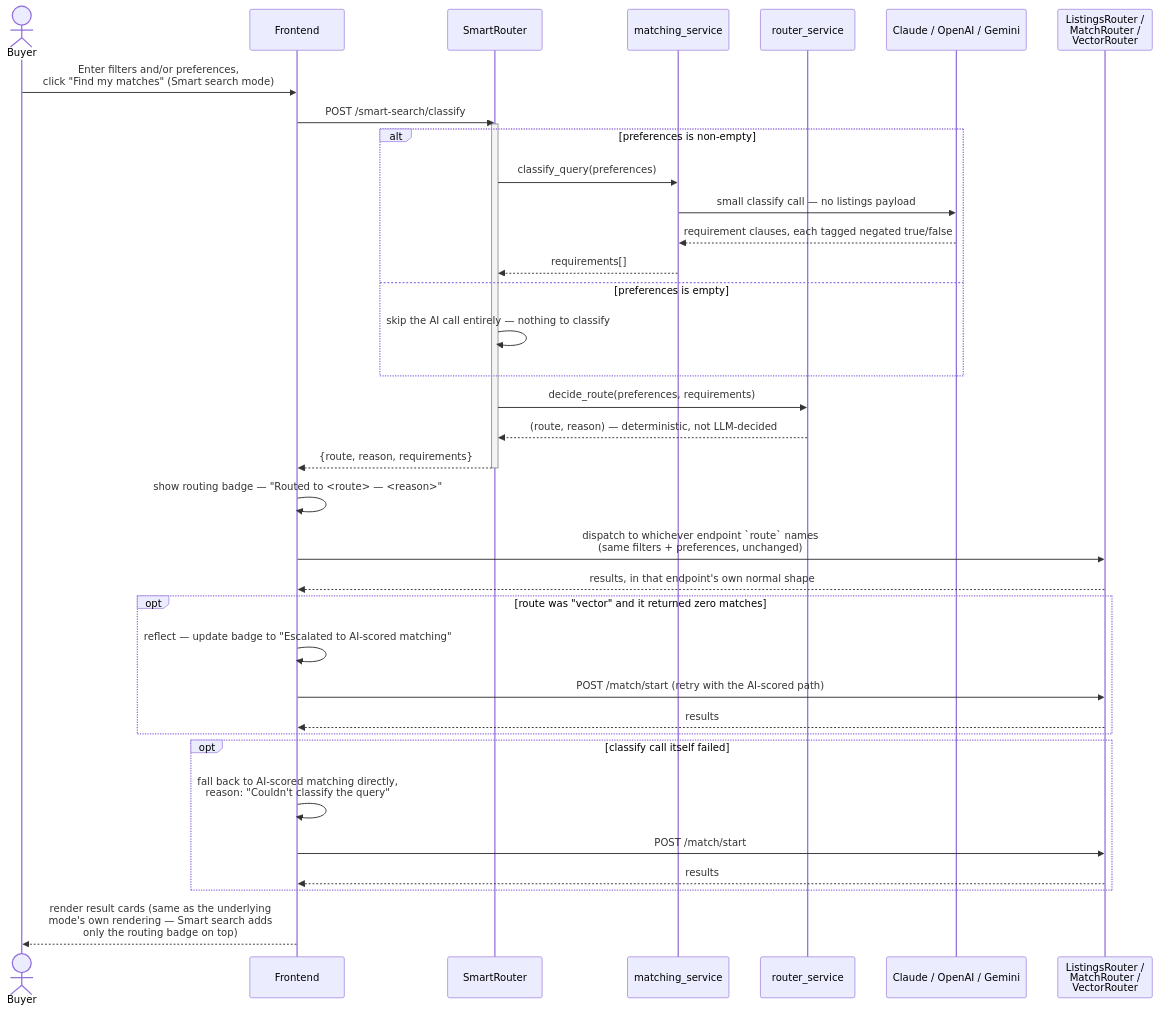
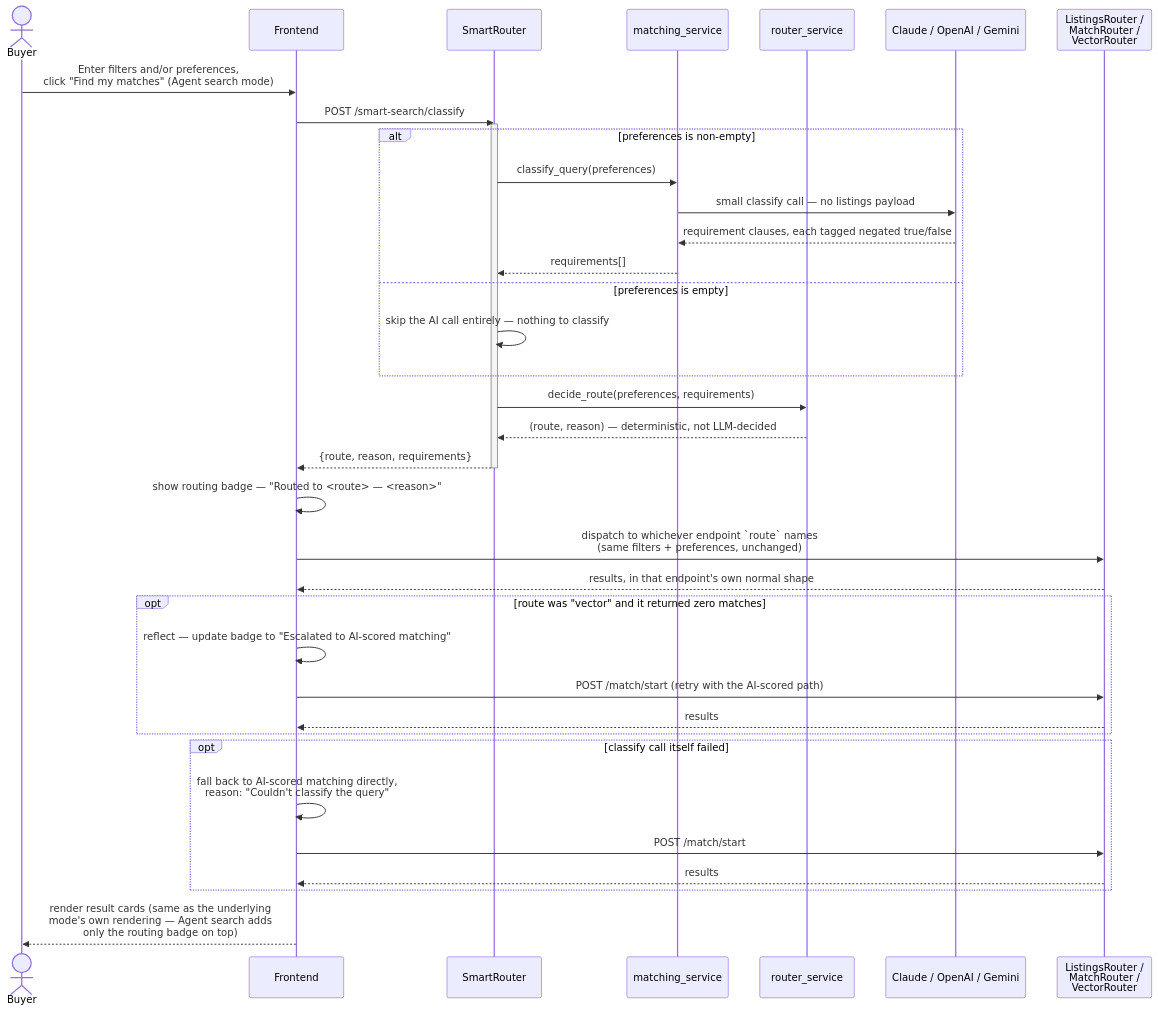
The seventh of 10 diagrams in docs/architecture.md (KhushbuVaishnav/HomeLens), drawn with Mermaid before and after one commit. The commit also changed other lines of this file and 1 other file, not shown here.

Commit message:
refactor: rename search modes for clarity and consistency

````diff
--- a/docs/architecture.md
+++ b/docs/architecture.md
@@ -319,44 +319,44 @@
 ```mermaid
 sequenceDiagram
     actor Buyer
     participant FE as Frontend
     participant SR as SmartRouter
     participant MS as matching_service
     participant RS as router_service
     participant AI as Claude / OpenAI / Gemini
     participant Next as ListingsRouter /<br/>MatchRouter /<br/>VectorRouter
 
-    Buyer->>FE: Enter filters and/or preferences,<br/>click "Find my matches" (Smart search mode)
+    Buyer->>FE: Enter filters and/or preferences,<br/>click "Find my matches" (Agent search mode)
     FE->>SR: POST /smart-search/classify
     activate SR
     alt preferences is non-empty
         SR->>MS: classify_query(preferences)
         MS->>AI: small classify call — no listings payload
         AI-->>MS: requirement clauses, each tagged negated true/false
         MS-->>SR: requirements[]
     else preferences is empty
         SR->>SR: skip the AI call entirely — nothing to classify
     end
     SR->>RS: decide_route(preferences, requirements)
     RS-->>SR: (route, reason) — deterministic, not LLM-decided
     SR-->>FE: {route, reason, requirements}
     deactivate SR
     FE->>FE: show routing badge — "Routed to <route> — <reason>"
 
     FE->>Next: dispatch to whichever endpoint `route` names<br/>(same filters + preferences, unchanged)
     Next-->>FE: results, in that endpoint's own normal shape
 
     opt route was "vector" and it returned zero matches
         FE->>FE: reflect — update badge to "Escalated to AI-scored matching"
         FE->>Next: POST /match/start (retry with the AI-scored path)
         Next-->>FE: results
     end
 
     opt classify call itself failed
         FE->>FE: fall back to AI-scored matching directly,<br/>reason: "Couldn't classify the query"
         FE->>Next: POST /match/start
         Next-->>FE: results
     end
 
-    FE-->>Buyer: render result cards (same as the underlying<br/>mode's own rendering — Smart search adds<br/>only the routing badge on top)
+    FE-->>Buyer: render result cards (same as the underlying<br/>mode's own rendering — Agent search adds<br/>only the routing badge on top)
 ```
````
